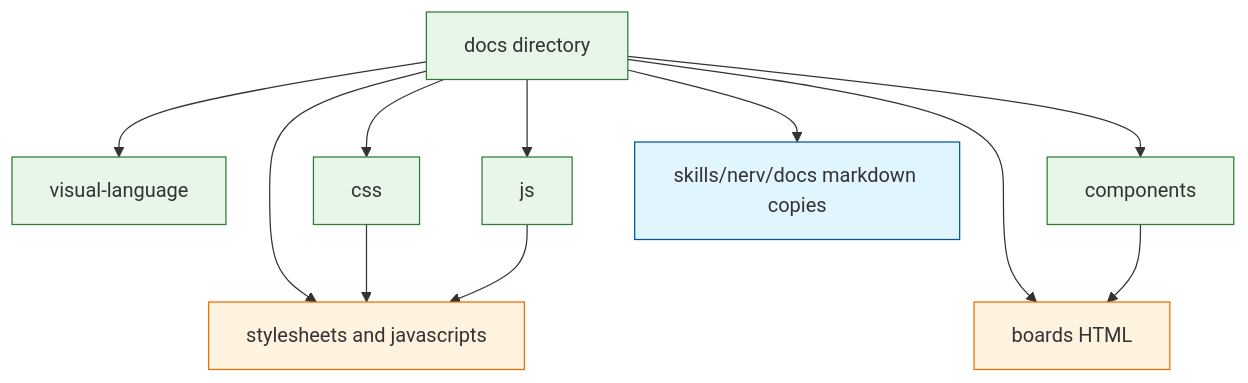
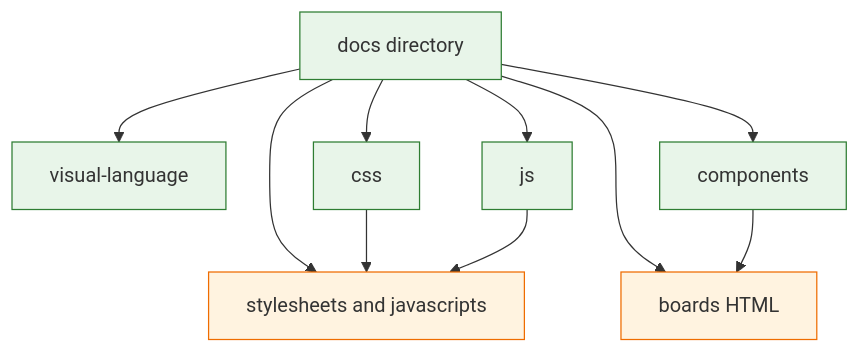
One commit to Texarkanine/nervouscsstem changed the diagram in memory-bank/active/creative/creative-docs-tree.md. Above: the diagram before and after it, drawn with Mermaid. The commit also changed other lines of this file and 108 other files, not shown here.

````diff
--- a/memory-bank/active/creative/creative-docs-tree.md
+++ b/memory-bank/active/creative/creative-docs-tree.md
@@ -32,17 +31,16 @@
 ```mermaid
 graph TD
     classDef md fill:#e8f5e9,stroke:#2e7d32;
     classDef asset fill:#fff3e0,stroke:#ef6c00;
     classDef skill fill:#e1f5fe,stroke:#01579b;
 
     Tree["docs directory"]:::md --> VL["visual-language"]:::md
     Tree --> CSS["css"]:::md
     Tree --> JS["js"]:::md
     Tree --> Comp["components"]:::md
     Tree --> Boards["boards HTML"]:::asset
     Tree --> Assets["stylesheets and javascripts"]:::asset
-    Tree --> Skill["skills/nerv/docs markdown copies"]:::skill
     CSS --> Assets
     JS --> Assets
     Comp --> Boards
 ```
````
